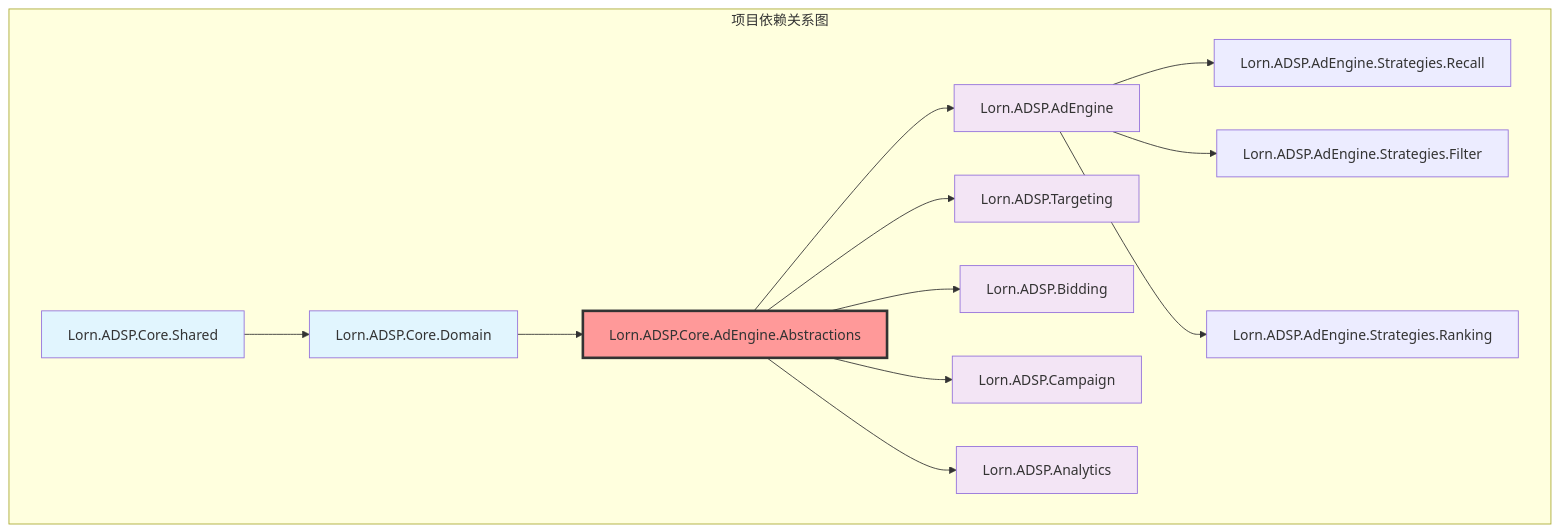
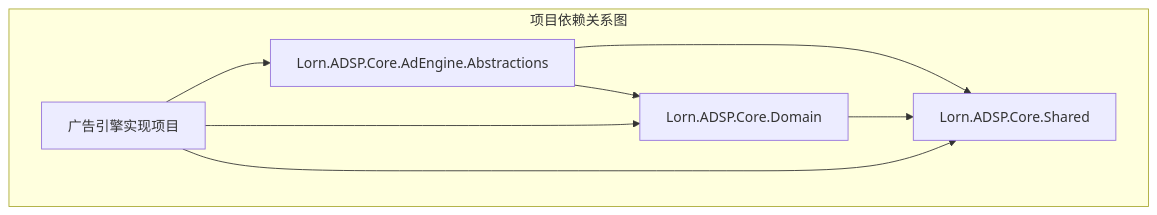
Diagram 12 of 13 in docs_TecDesign/广告投放引擎/广告引擎抽象层设计.md (lornshrimp/Lorn.ADSP), drawn with Mermaid before and after one commit. The commit also changed other lines of this file and 71 other files, not shown here.

````diff
--- a/docs_TecDesign/广告投放引擎/广告引擎抽象层设计.md
+++ b/docs_TecDesign/广告投放引擎/广告引擎抽象层设计.md
@@ -1122,26 +1129,12 @@
 ```mermaid
 graph TD
     subgraph "项目依赖关系图"
-        A[Lorn.ADSP.Core.Shared] --> B[Lorn.ADSP.Core.Domain]
-        B --> C[Lorn.ADSP.Core.AdEngine.Abstractions]
+        A[Lorn.ADSP.Core.AdEngine.Abstractions] --> B[Lorn.ADSP.Core.Domain]
+        A --> C[Lorn.ADSP.Core.Shared]
+        B --> C
         
-        C --> D[Lorn.ADSP.AdEngine]
-        C --> E[Lorn.ADSP.Targeting]
-        C --> F[Lorn.ADSP.Bidding]
-        C --> G[Lorn.ADSP.Campaign]
-        C --> H[Lorn.ADSP.Analytics]
-        
-        D --> I[Lorn.ADSP.AdEngine.Strategies.Recall]
-        D --> J[Lorn.ADSP.AdEngine.Strategies.Filter]
-        D --> K[Lorn.ADSP.AdEngine.Strategies.Ranking]
-        
-        style C fill:#ff9999,stroke:#333,stroke-width:3px
-        style A fill:#e1f5fe
-        style B fill:#e1f5fe
-        style D fill:#f3e5f5
-        style E fill:#f3e5f5
-        style F fill:#f3e5f5
-        style G fill:#f3e5f5
-        style H fill:#f3e5f5
+        D[广告引擎实现项目] --> A
+        D --> B
+        D --> C
     end
 ```
````
